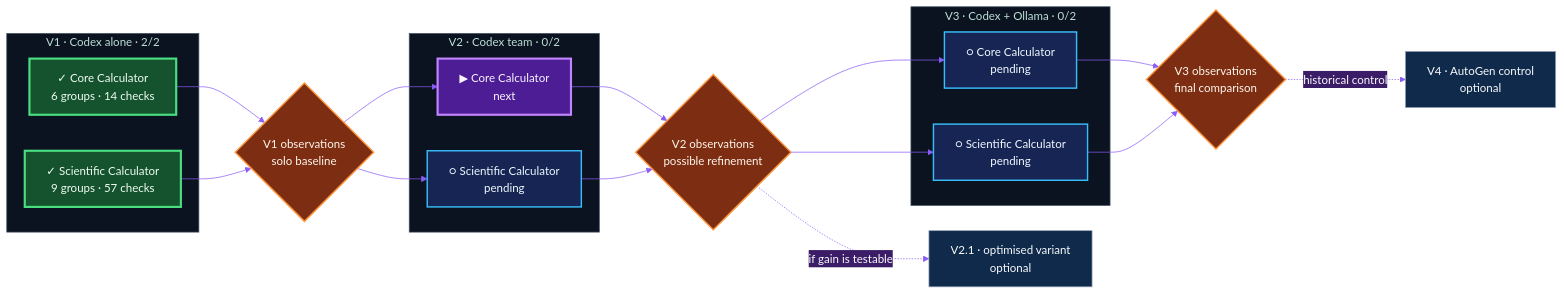
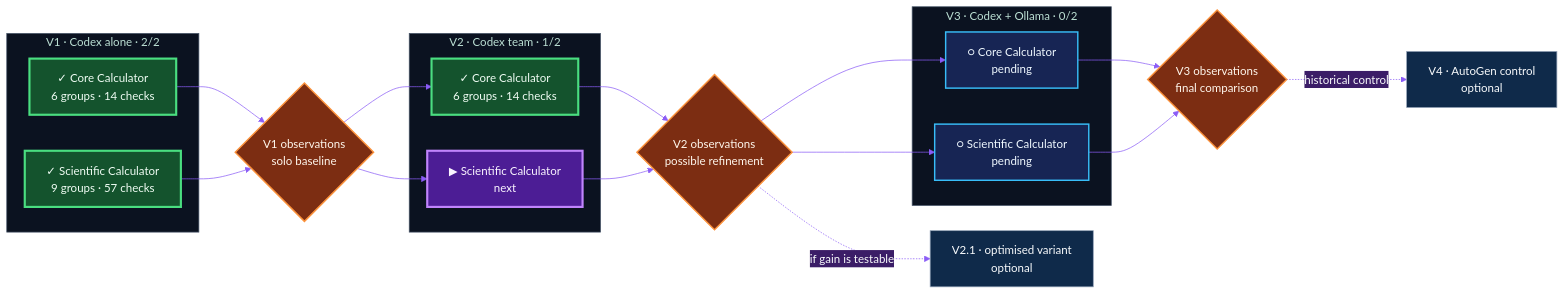
The diagram in README.en.md (ERICRAC/AgentBench-2026), drawn with Mermaid before and after one commit. The commit also changed other lines of this file and 15 other files, not shown here.

````diff
--- a/README.en.md
+++ b/README.en.md
@@ -39,50 +39,50 @@
 ```mermaid
 %%{init: {"theme": "base", "themeVariables": {
   "primaryColor": "#0f2a4a",
   "primaryTextColor": "#f8fafc",
   "primaryBorderColor": "#22d3ee",
   "secondaryColor": "#3b1d67",
   "tertiaryColor": "#431f2b",
   "fontFamily": "system-ui",
   "lineColor": "#8b5cf6",
   "clusterBkg": "#0b1220",
   "clusterBorder": "#475569"
 }}}%%
 flowchart LR
     subgraph V1["V1 · Codex alone · 2/2"]
       V1C["✓ Core Calculator<br/>6 groups · 14 checks"]
       V1S["✓ Scientific Calculator<br/>9 groups · 57 checks"]
     end
     G1{"V1 observations<br/>solo baseline"}
-    subgraph V2["V2 · Codex team · 0/2"]
-      V2C["▶ Core Calculator<br/>next"]
-      V2S["○ Scientific Calculator<br/>pending"]
+    subgraph V2["V2 · Codex team · 1/2"]
+      V2C["✓ Core Calculator<br/>6 groups · 14 checks"]
+      V2S["▶ Scientific Calculator<br/>next"]
     end
     G2{"V2 observations<br/>possible refinement"}
     V21["V2.1 · optimised variant<br/>optional"]
     subgraph V3["V3 · Codex + Ollama · 0/2"]
       V3C["○ Core Calculator<br/>pending"]
       V3S["○ Scientific Calculator<br/>pending"]
     end
     G3{"V3 observations<br/>final comparison"}
     V4["V4 · AutoGen control<br/>optional"]
 
     V1C & V1S --> G1
     G1 --> V2C & V2S
     V2C & V2S --> G2
     G2 -. "if gain is testable" .-> V21
     G2 --> V3C & V3S
     V3C & V3S --> G3
     G3 -. "historical control" .-> V4
 
     classDef done fill:#14532d,stroke:#4ade80,color:#f0fdf4,stroke-width:3px;
     classDef next fill:#4c1d95,stroke:#c084fc,color:#faf5ff,stroke-width:3px;
     classDef todo fill:#172554,stroke:#38bdf8,color:#f0f9ff,stroke-width:2px;
     classDef gate fill:#7c2d12,stroke:#fb923c,color:#fff7ed,stroke-width:2px;
     classDef optional fill:#0f2a4a,stroke:#94a3b8,color:#f8fafc;
-    class V1C,V1S done;
-    class V2C next;
-    class V2S,V3C,V3S todo;
+    class V1C,V1S,V2C done;
+    class V2S next;
+    class V3C,V3S todo;
     class G1,G2,G3 gate;
     class V21,V4 optional;
 ```
````
